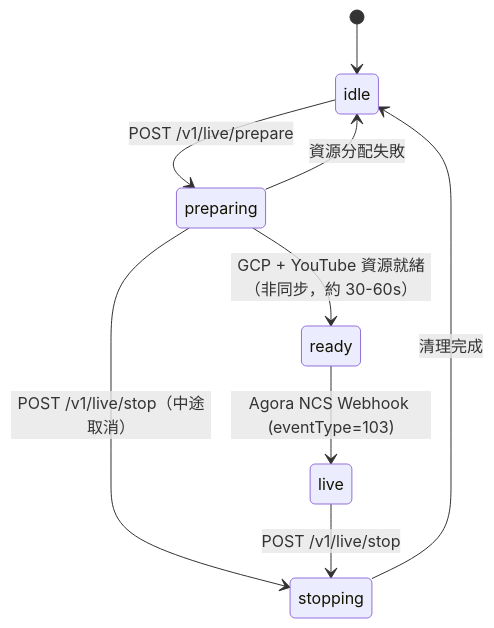
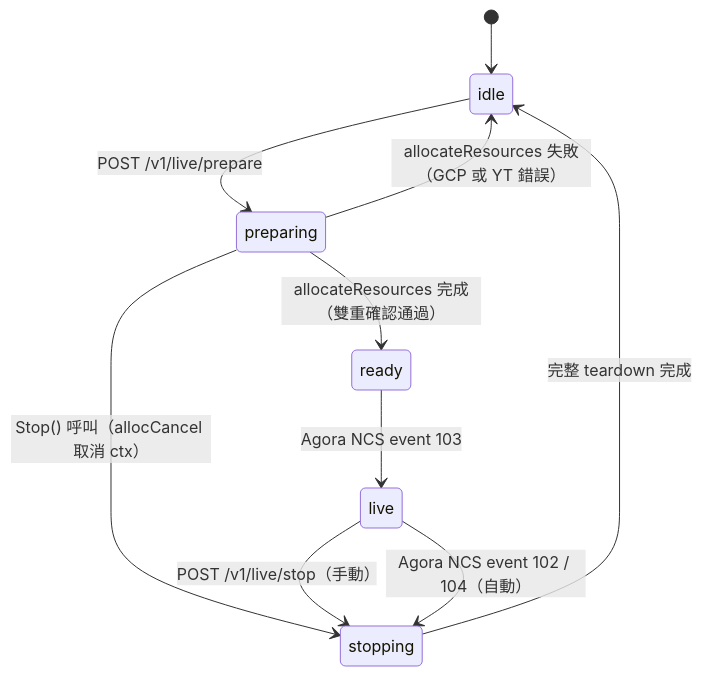
The first of 5 diagrams in doc/spec.md (maxence2997/delta-cast), drawn with Mermaid before and after one commit. The commit also changed other lines of this file and 2 other files, not shown here.

First line of the commit message:
fix: 修正 allocateResources 與 Stop() 並發時資源孤兒化的問題

````diff
--- a/doc/spec.md
+++ b/doc/spec.md
@@ -57,11 +57,12 @@
 ```mermaid
 stateDiagram-v2
     [*] --> idle
     idle --> preparing : POST /v1/live/prepare
-    preparing --> ready : GCP + YouTube 資源就緒（非同步，約 30-60s）
-    preparing --> idle : 資源分配失敗
-    preparing --> stopping : POST /v1/live/stop（中途取消）
-    ready --> live : Agora NCS Webhook (eventType=103)
-    live --> stopping : POST /v1/live/stop
-    stopping --> idle : 清理完成
+    preparing --> ready : allocateResources 完成（雙重確認通過）
+    preparing --> idle : allocateResources 失敗（GCP 或 YT 錯誤）
+    preparing --> stopping : Stop() 呼叫（allocCancel 取消 ctx）
+    ready --> live : Agora NCS event 103
+    live --> stopping : POST /v1/live/stop（手動）
+    live --> stopping : Agora NCS event 102 / 104（自動）
+    stopping --> idle : 完整 teardown 完成
 ```
````
